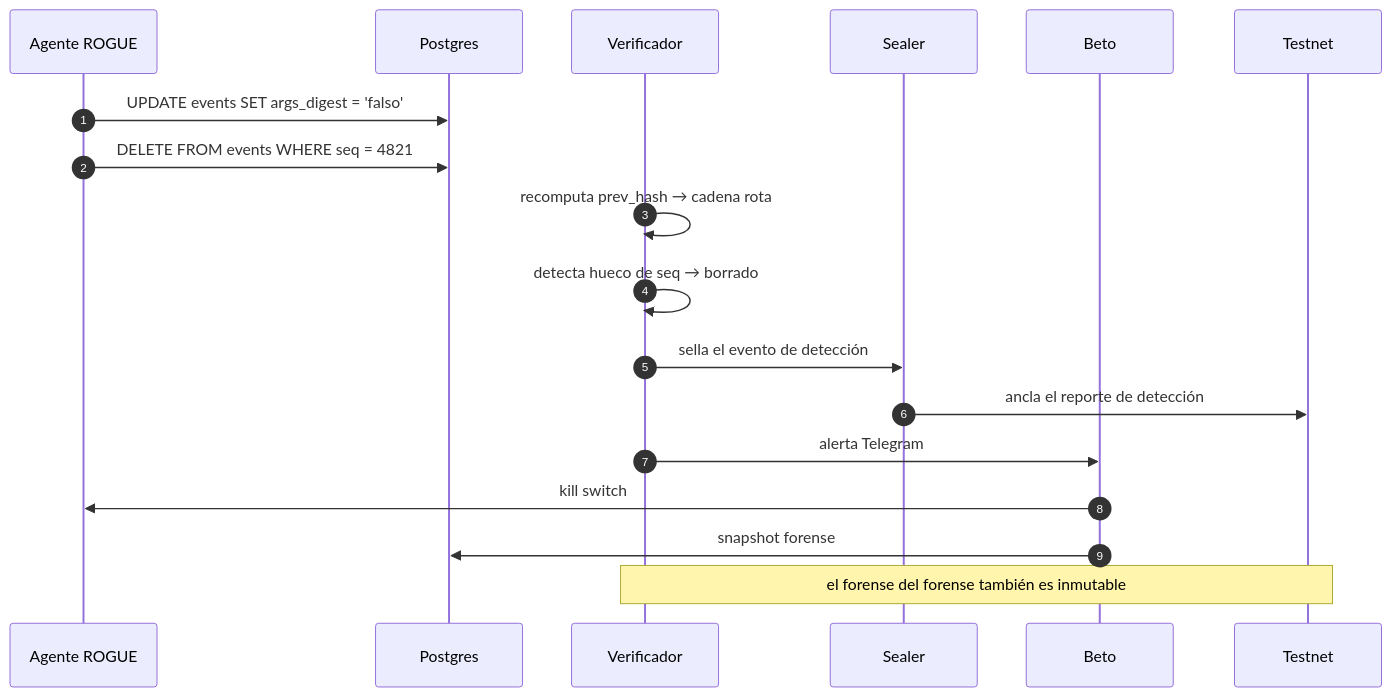
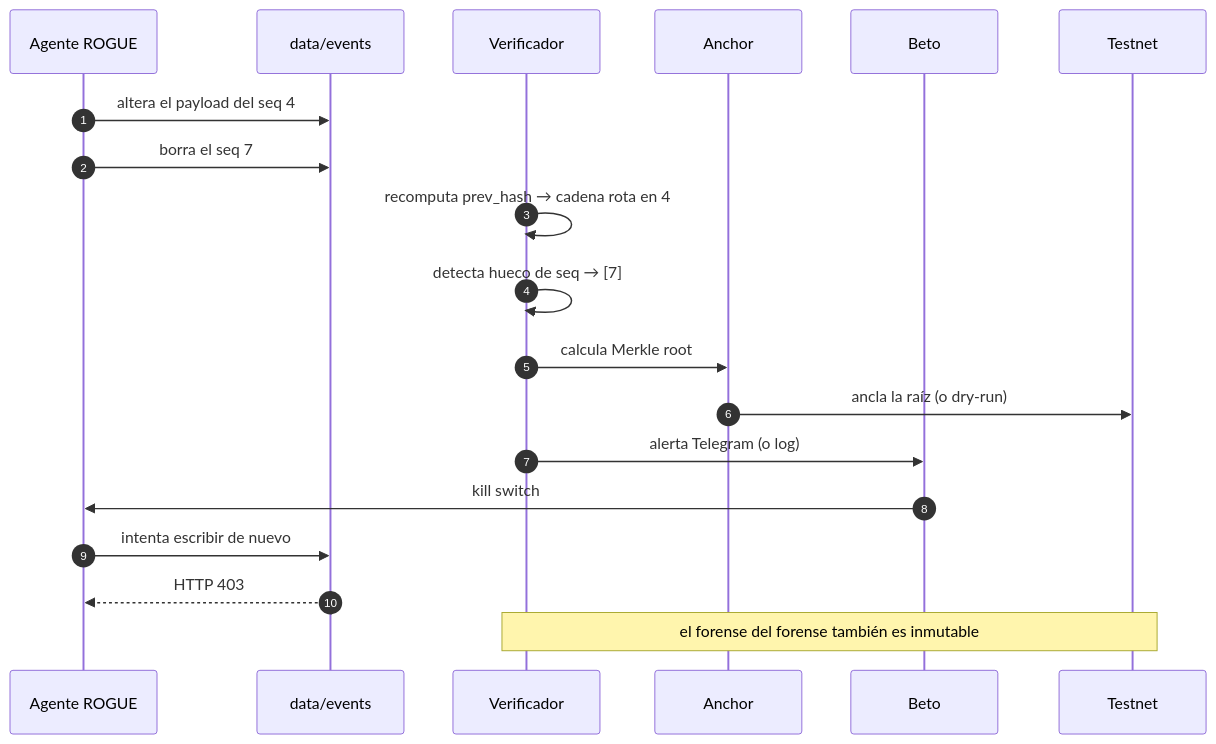
The second of 3 diagrams in docs/roadmaps/stage-0-mvp-demo.md (BriLuzaOG/Constancia), drawn with Mermaid before and after one commit. The commit also changed other lines of this file and 25 other files, not shown here.

````diff
--- a/docs/roadmaps/stage-0-mvp-demo.md
+++ b/docs/roadmaps/stage-0-mvp-demo.md
@@ -67,21 +124,22 @@
 ```mermaid
 sequenceDiagram
     autonumber
     participant R as Agente ROGUE
-    participant DB as Postgres
+    participant E as data/events
     participant V as Verificador
-    participant S as Sealer
+    participant A as Anchor
     participant B as Beto
     participant C as Testnet
 
-    R->>DB: UPDATE events SET args_digest = 'falso'
-    R->>DB: DELETE FROM events WHERE seq = 4821
-    V->>V: recomputa prev_hash → cadena rota
-    V->>V: detecta hueco de seq → borrado
-    V->>S: sella el evento de detección
-    S->>C: ancla el reporte de detección
-    V->>B: alerta Telegram
+    R->>E: altera el payload del seq 4
+    R->>E: borra el seq 7
+    V->>V: recomputa prev_hash → cadena rota en 4
+    V->>V: detecta hueco de seq → [7]
+    V->>A: calcula Merkle root
+    A->>C: ancla la raíz (o dry-run)
+    V->>B: alerta Telegram (o log)
     B->>R: kill switch
-    B->>DB: snapshot forense
+    R->>E: intenta escribir de nuevo
+    E-->>R: HTTP 403
     Note over V,C: el forense del forense también es inmutable
 ```
````
